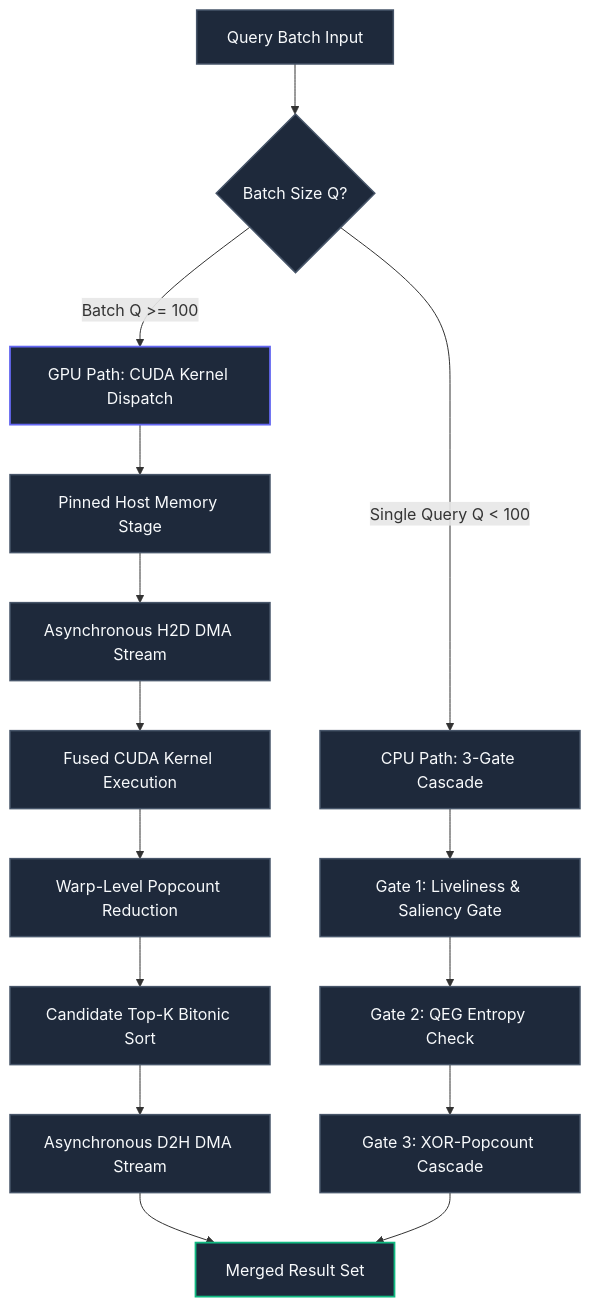
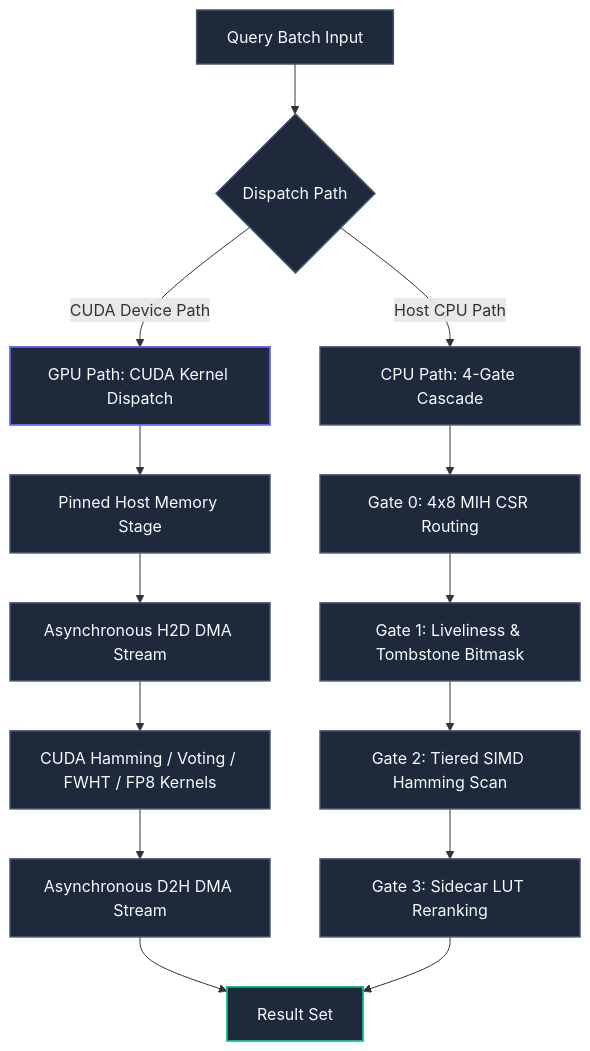
The diagram in docs/cuda_integration.md (F1nnSBK/Pithos), drawn with Mermaid before and after one commit. The commit also changed other lines of this file and 15 other files, not shown here.

````diff
--- a/docs/cuda_integration.md
+++ b/docs/cuda_integration.md
@@ -45,24 +41,23 @@
 ```mermaid
 graph TD
     classDef darkBox fill:#1e293b,stroke:#475569,stroke-width:1.5px,color:#f8fafc;
     classDef highlightBox fill:#1e293b,stroke:#6366f1,stroke-width:1.8px,color:#f8fafc;
     classDef accentBox fill:#1e293b,stroke:#10b981,stroke-width:1.8px,color:#f8fafc;
 
-    A[Query Batch Input]:::darkBox --> B{Batch Size Q?}:::darkBox
-    B -->|Single Query Q < 100| C[CPU Path: 3-Gate Cascade]:::darkBox
-    B -->|Batch Q >= 100| D[GPU Path: CUDA Kernel Dispatch]:::highlightBox
+    A[Query Batch Input]:::darkBox --> B{Dispatch Path}:::darkBox
+    B -->|Host CPU Path| C[CPU Path: 4-Gate Cascade]:::darkBox
+    B -->|CUDA Device Path| D[GPU Path: CUDA Kernel Dispatch]:::highlightBox
     
     D --> D1[Pinned Host Memory Stage]:::darkBox
     D1 --> D2[Asynchronous H2D DMA Stream]:::darkBox
-    D2 --> D3[Fused CUDA Kernel Execution]:::darkBox
-    D3 --> D4[Warp-Level Popcount Reduction]:::darkBox
-    D4 --> D5[Candidate Top-K Bitonic Sort]:::darkBox
-    D5 --> D6[Asynchronous D2H DMA Stream]:::darkBox
+    D2 --> D3[CUDA Hamming / Voting / FWHT / FP8 Kernels]:::darkBox
+    D3 --> D4[Asynchronous D2H DMA Stream]:::darkBox
     
-    C --> C1[Gate 1: Liveliness & Saliency Gate]:::darkBox
-    C1 --> C2[Gate 2: QEG Entropy Check]:::darkBox
-    C2 --> C3[Gate 3: XOR-Popcount Cascade]:::darkBox
+    C --> C0[Gate 0: 4x8 MIH CSR Routing]:::darkBox
+    C0 --> C1[Gate 1: Liveliness & Tombstone Bitmask]:::darkBox
+    C1 --> C2[Gate 2: Tiered SIMD Hamming Scan]:::darkBox
+    C2 --> C3[Gate 3: Sidecar LUT Reranking]:::darkBox
     
-    D6 --> E[Merged Result Set]:::accentBox
+    D4 --> E[Result Set]:::accentBox
     C3 --> E
 ```
````
